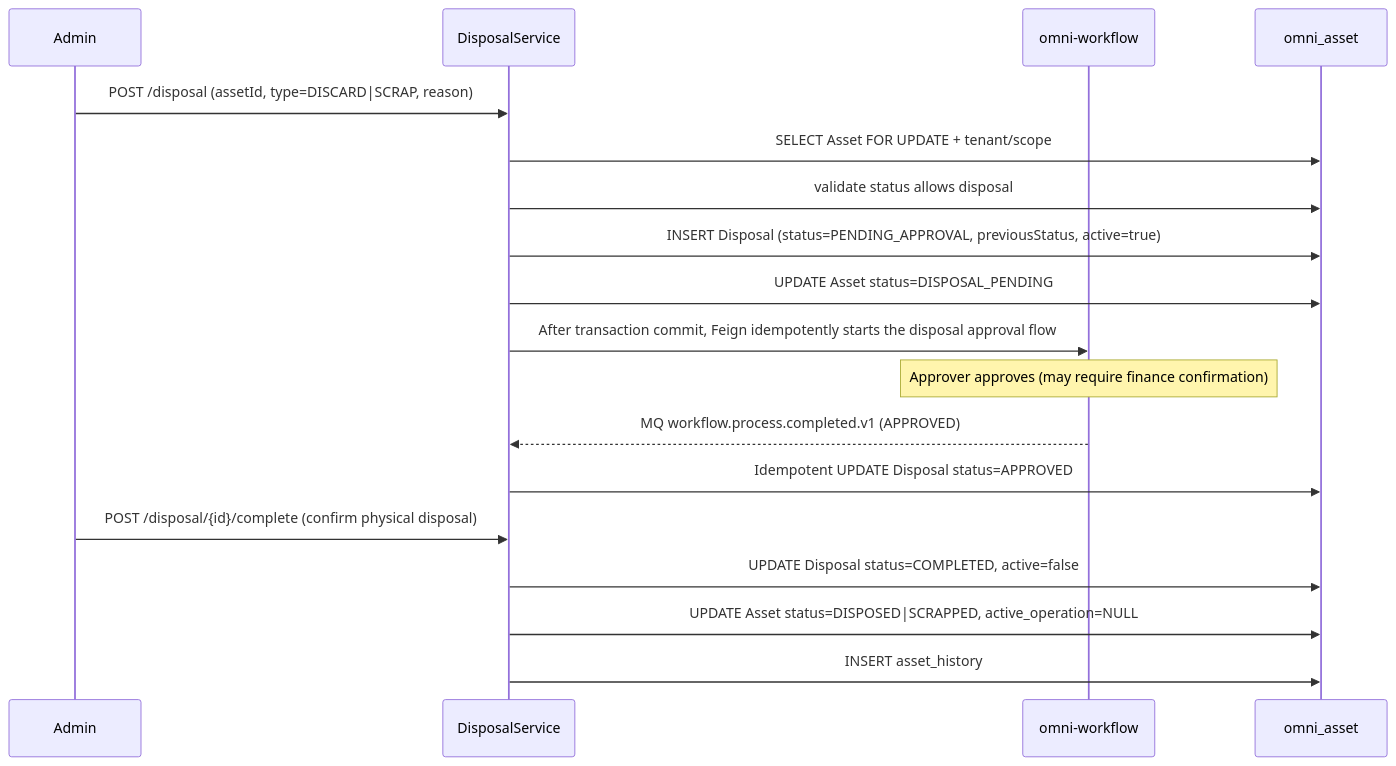
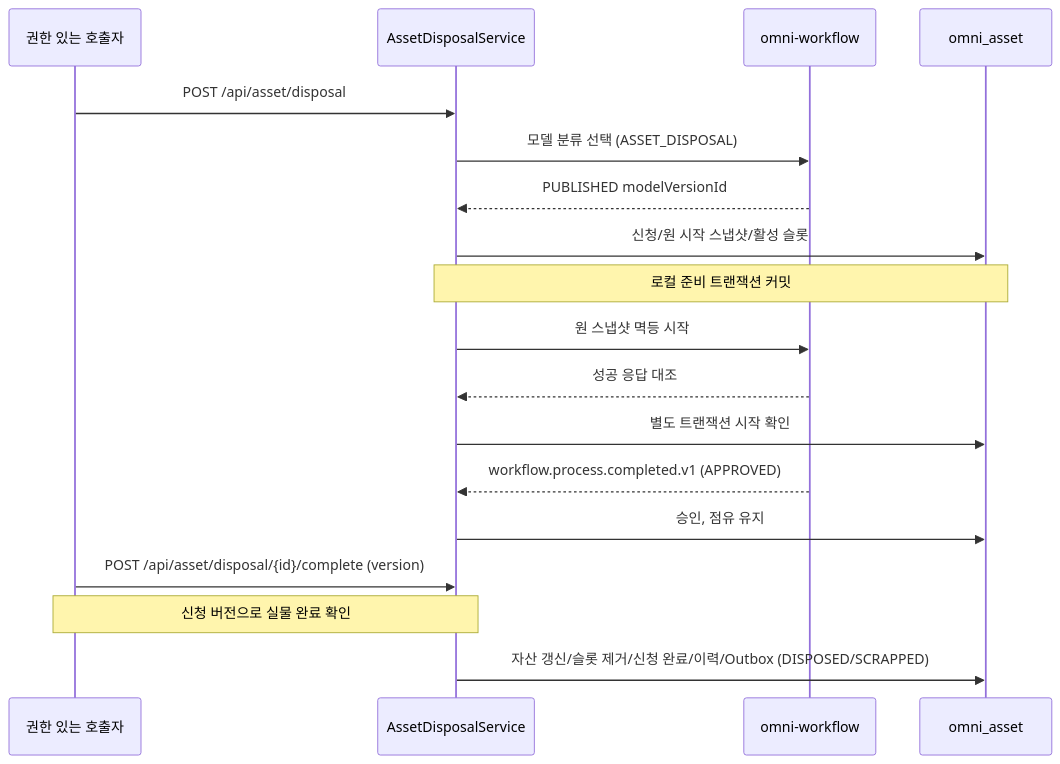
Before and after one commit to wang-baohai/Omni-Stack: the sixth of 6 diagrams in docs/design/asset-design.kr.md, drawn with Mermaid. The commit also changed other lines of this file and 1095 other files, not shown here.

````diff
--- a/docs/design/asset-design.kr.md
+++ b/docs/design/asset-design.kr.md
@@ -290,23 +281,20 @@
 ```mermaid
 sequenceDiagram
-    participant M as Admin
-    participant S as DisposalService
+    participant M as 권한 있는 호출자
+    participant S as AssetDisposalService
     participant WF as omni-workflow
     participant DB as omni_asset
-
-    M->>S: POST /disposal (assetId, type=DISCARD|SCRAP, reason)
-    S->>DB: SELECT Asset FOR UPDATE + tenant/scope
-    S->>DB: validate status allows disposal
-    S->>DB: INSERT Disposal (status=PENDING_APPROVAL, previousStatus, active=true)
-    S->>DB: UPDATE Asset status=DISPOSAL_PENDING
-    S->>WF: After transaction commit, Feign idempotently starts the disposal approval flow
-
-    Note over WF: Approver approves (may require finance confirmation)
-
-    WF-->>S: MQ workflow.process.completed.v1 (APPROVED)
-    S->>DB: Idempotent UPDATE Disposal status=APPROVED
-    M->>S: POST /disposal/{id}/complete (confirm physical disposal)
-    S->>DB: UPDATE Disposal status=COMPLETED, active=false
-    S->>DB: UPDATE Asset status=DISPOSED|SCRAPPED, active_operation=NULL
-    S->>DB: INSERT asset_history
+    M->>S: POST /api/asset/disposal
+    S->>WF: 모델 분류 선택 (ASSET_DISPOSAL)
+    WF-->>S: PUBLISHED modelVersionId
+    S->>DB: 신청/원 시작 스냅샷/활성 슬롯
+    Note over S,DB: 로컬 준비 트랜잭션 커밋
+    S->>WF: 원 스냅샷 멱등 시작
+    WF-->>S: 성공 응답 대조
+    S->>DB: 별도 트랜잭션 시작 확인
+    WF-->>S: workflow.process.completed.v1 (APPROVED)
+    S->>DB: 승인, 점유 유지
+    M->>S: POST /api/asset/disposal/{id}/complete (version)
+    Note over M,S: 신청 버전으로 실물 완료 확인
+    S->>DB: 자산 갱신/슬롯 제거/신청 완료/이력/Outbox (DISPOSED/SCRAPPED)
 ```
````
